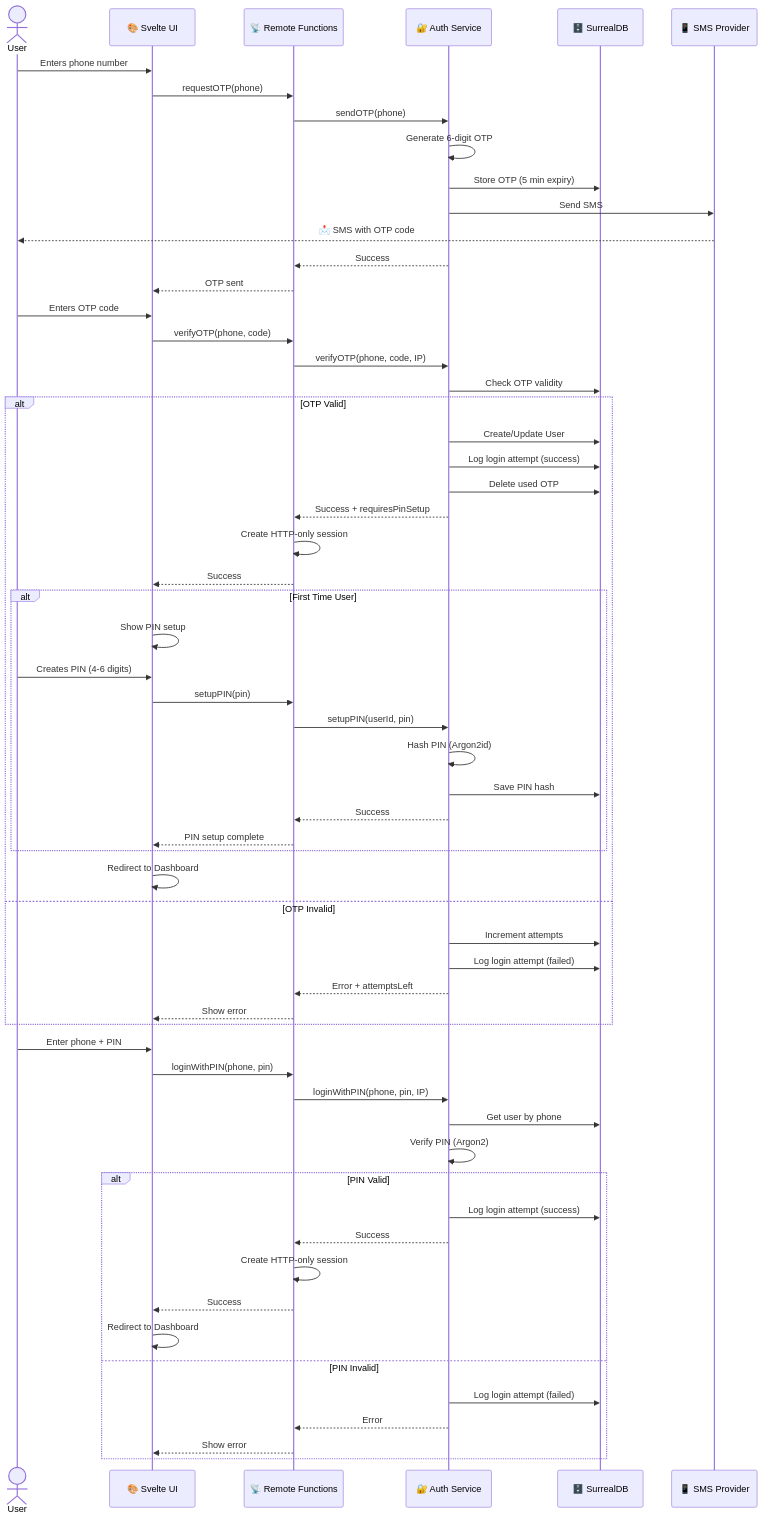
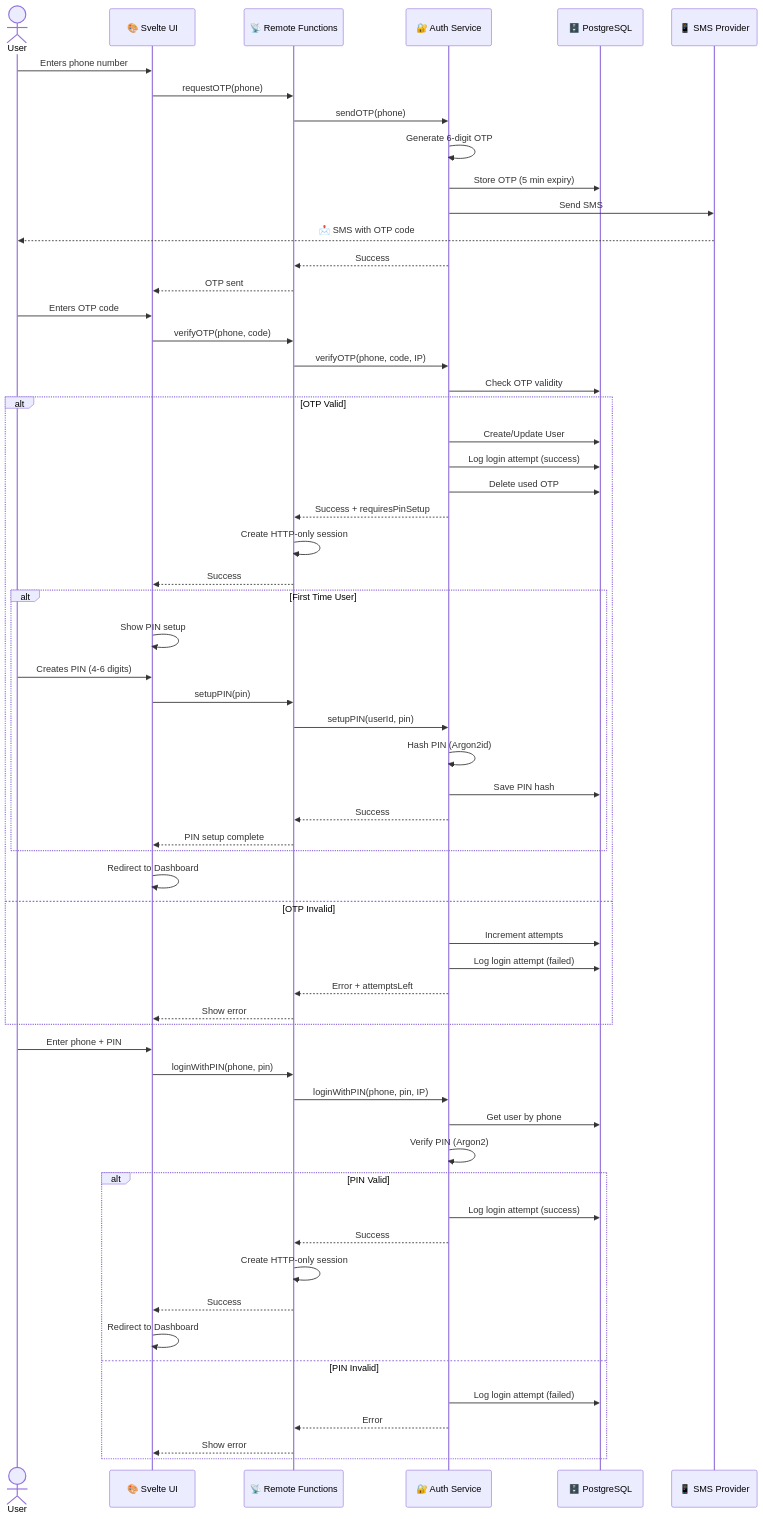
Before and after one commit to mzdssunlock/auth-bff-sms-pin-template: the second of 2 diagrams in README.md, drawn with Mermaid. The commit also changed other lines of this file and 22 other files, not shown here.

Commit message:
major: migration from SurrealDB to PostgreSQL and DrizzleORM

````diff
--- a/README.md
+++ b/README.md
@@ -152,72 +147,72 @@
 ```mermaid
 sequenceDiagram
     actor User
     participant UI as 🎨 Svelte UI
     participant RF as 📡 Remote Functions
     participant Auth as 🔐 Auth Service
-    participant DB as 🗄️ SurrealDB
+    participant DB as 🗄️ PostgreSQL
     participant SMS as 📱 SMS Provider
 
     %% SMS Login Flow
     User->>UI: Enters phone number
     UI->>RF: requestOTP(phone)
     RF->>Auth: sendOTP(phone)
     Auth->>Auth: Generate 6-digit OTP
     Auth->>DB: Store OTP (5 min expiry)
     Auth->>SMS: Send SMS
     SMS-->>User: 📩 SMS with OTP code
     Auth-->>RF: Success
     RF-->>UI: OTP sent
 
     %% OTP Verification
     User->>UI: Enters OTP code
     UI->>RF: verifyOTP(phone, code)
     RF->>Auth: verifyOTP(phone, code, IP)
     Auth->>DB: Check OTP validity
 
     alt OTP Valid
         Auth->>DB: Create/Update User
         Auth->>DB: Log login attempt (success)
         Auth->>DB: Delete used OTP
         Auth-->>RF: Success + requiresPinSetup
         RF->>RF: Create HTTP-only session
         RF-->>UI: Success
 
         alt First Time User
             UI->>UI: Show PIN setup
             User->>UI: Creates PIN (4-6 digits)
             UI->>RF: setupPIN(pin)
             RF->>Auth: setupPIN(userId, pin)
             Auth->>Auth: Hash PIN (Argon2id)
             Auth->>DB: Save PIN hash
             Auth-->>RF: Success
             RF-->>UI: PIN setup complete
         end
 
         UI->>UI: Redirect to Dashboard
     else OTP Invalid
         Auth->>DB: Increment attempts
         Auth->>DB: Log login attempt (failed)
         Auth-->>RF: Error + attemptsLeft
         RF-->>UI: Show error
     end
 
     %% PIN Login Flow (Returning Users)
     User->>UI: Enter phone + PIN
     UI->>RF: loginWithPIN(phone, pin)
     RF->>Auth: loginWithPIN(phone, pin, IP)
     Auth->>DB: Get user by phone
     Auth->>Auth: Verify PIN (Argon2)
 
     alt PIN Valid
         Auth->>DB: Log login attempt (success)
         Auth-->>RF: Success
         RF->>RF: Create HTTP-only session
         RF-->>UI: Success
         UI->>UI: Redirect to Dashboard
     else PIN Invalid
         Auth->>DB: Log login attempt (failed)
         Auth-->>RF: Error
         RF-->>UI: Show error
     end
 ```
````
